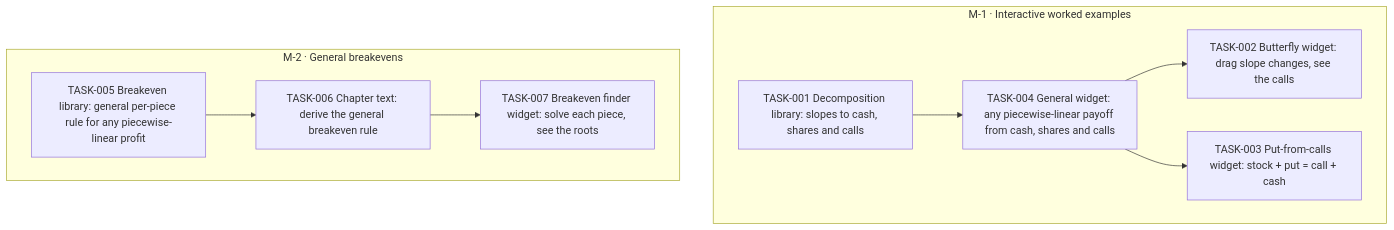
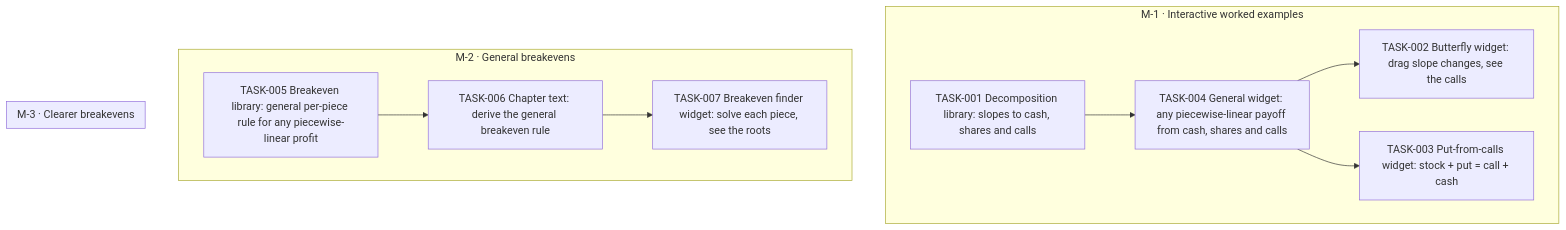
Before and after one commit to all-explained/options-explained: the diagram in goals/improve-viz/README.md, drawn with Mermaid. The commit also changed 1 other file, not shown here.

Commit message:
goal(improve-viz): add M-3 clearer breakevens and SC-7

````diff
--- a/goals/improve-viz/README.md
+++ b/goals/improve-viz/README.md
@@ -25,22 +25,24 @@
 ```mermaid
 flowchart TD
   subgraph M_1["M-1 · Interactive worked examples"]
     TASK_001["TASK-001 Decomposition library: slopes to cash, shares and calls"]
     TASK_002["TASK-002 Butterfly widget: drag slope changes, see the calls"]
     TASK_003["TASK-003 Put-from-calls widget: stock + put = call + cash"]
     TASK_004["TASK-004 General widget: any piecewise-linear payoff from cash, shares and calls"]
   end
   subgraph M_2["M-2 · General breakevens"]
     TASK_005["TASK-005 Breakeven library: general per-piece rule for any piecewise-linear profit"]
     TASK_006["TASK-006 Chapter text: derive the general breakeven rule"]
     TASK_007["TASK-007 Breakeven finder widget: solve each piece, see the roots"]
   end
+  subgraph M_3["M-3 · Clearer breakevens"]
+  end
   TASK_004 --> TASK_002
   TASK_004 --> TASK_003
   TASK_001 --> TASK_004
   TASK_005 --> TASK_006
   TASK_006 --> TASK_007
   classDef draft stroke-dasharray: 4 3
   classDef cancelled opacity:0.45
   classDef decision fill:#f3e8ff,stroke:#7c3aed
 ```
````
